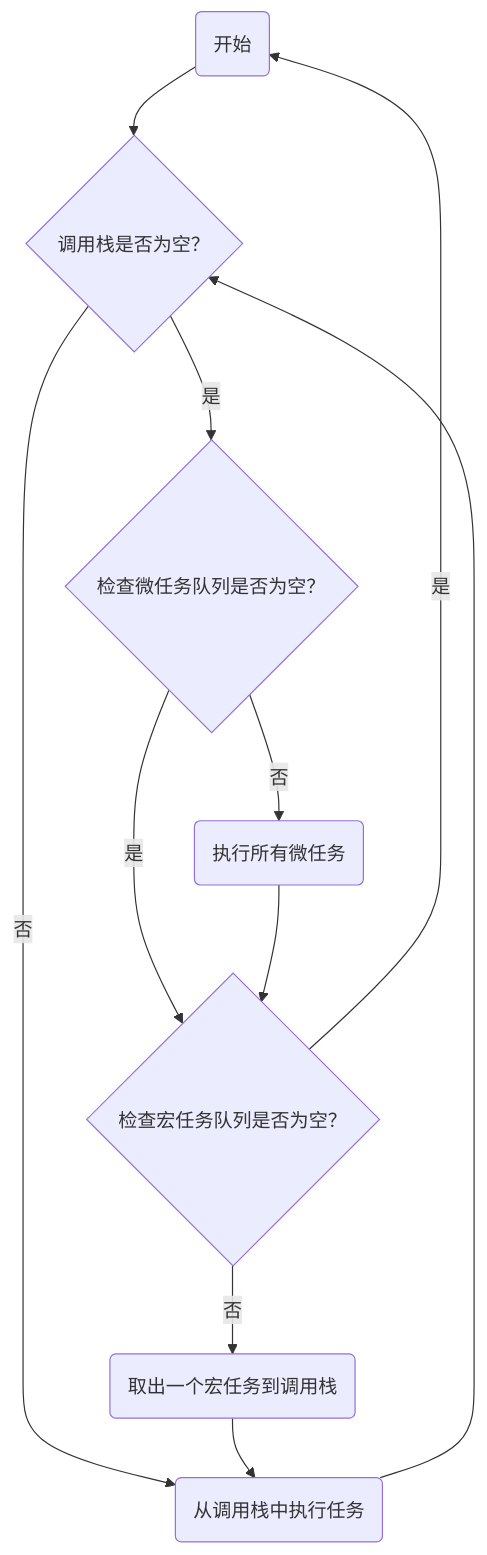
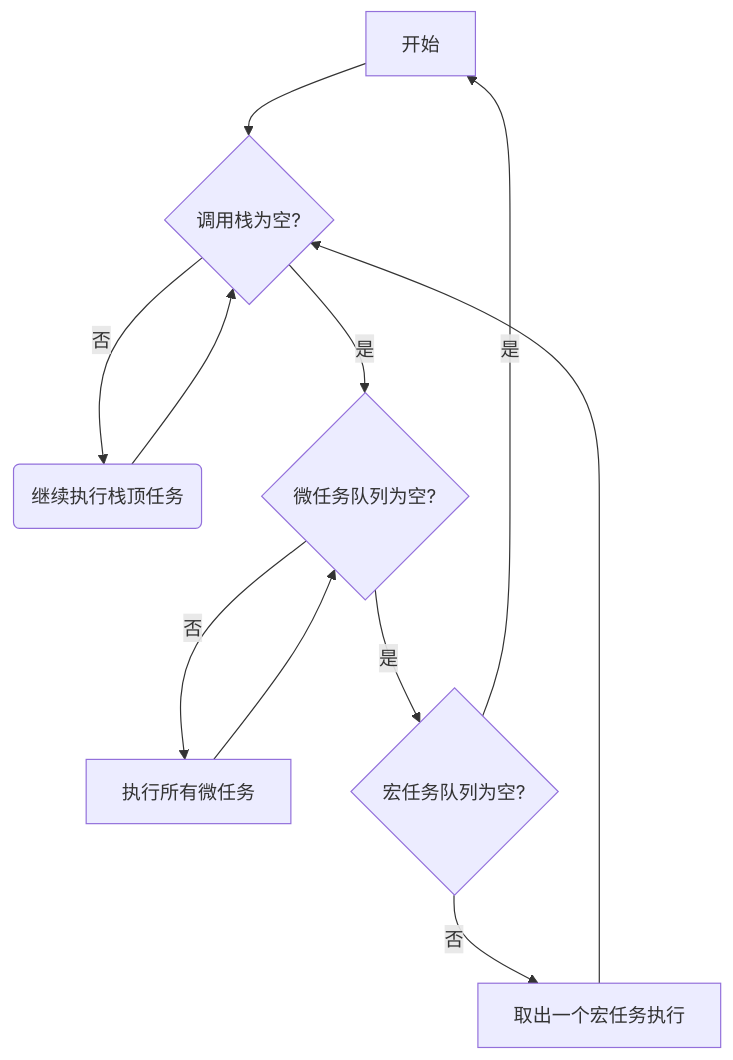
One commit to Hidetoshi20/Program-Knowledge-Database changed the seventh of 7 diagrams in docs/web-front-end/Browser.md. Above: the diagram before and after it, drawn with Mermaid. The commit also changed other lines of this file, not shown here.

Commit message:
Update Browser documentation: Revise structure to include a table of contents, enhance sections on storage, rendering, and event loop with detailed flowcharts and decision trees. Improve clarity and organization of content for better understanding of browser mechanisms.

````diff
--- a/docs/web-front-end/Browser.md
+++ b/docs/web-front-end/Browser.md
@@ -262,13 +363,13 @@
 ```mermaid
 flowchart TD
-    Start(开始) --> A{调用栈是否为空？};
-    A -- 是 --> B{检查微任务队列是否为空？};
-    A -- 否 --> C(从调用栈中执行任务);
-    C --> A;
-    B -- 是 --> D{检查宏任务队列是否为空？};
-    B -- 否 --> E(执行所有微任务);
-    E --> D;
-    D -- 是 --> Start;
-    D -- 否 --> F(取出一个宏任务到调用栈);
-    F --> C;
+  A[开始] --> B{调用栈为空?}
+  B -- 否 --> C(继续执行栈顶任务)
+  C --> B
+  B -- 是 --> D{微任务队列为空?}
+  D -- 否 --> E[执行所有微任务]
+  E --> D
+  D -- 是 --> F{宏任务队列为空?}
+  F -- 否 --> G[取出一个宏任务执行]
+  G --> B
+  F -- 是 --> A
 ```
````
